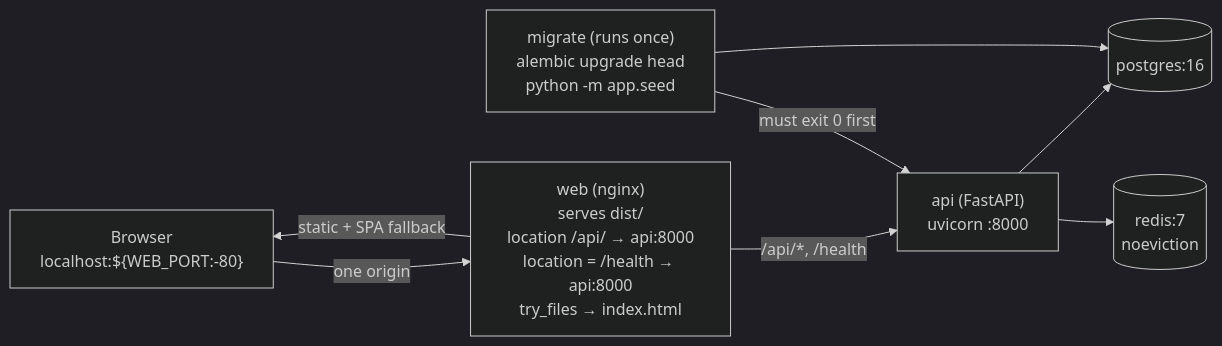
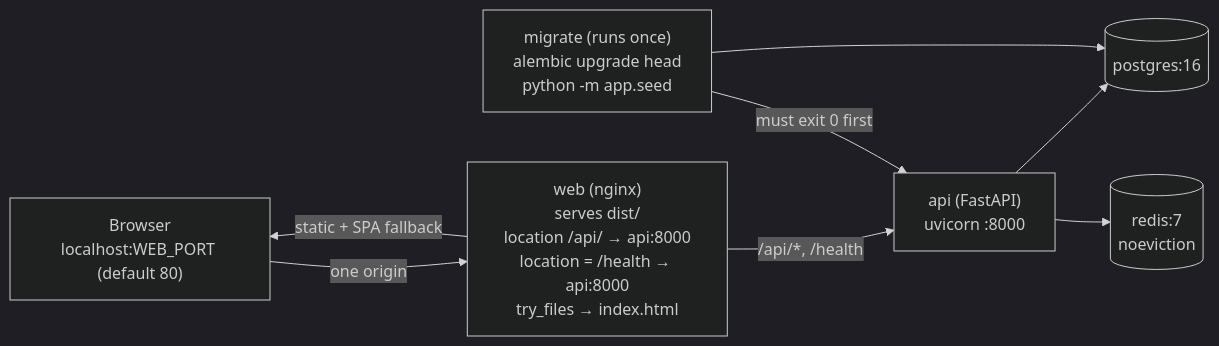
The second of 2 diagrams in docs/architecture.md (yosefsha/qbiq_h), drawn with Mermaid (dark theme) before and after one commit.

Commit message:
Avoid shell-style braces inside a mermaid node label

````diff
--- a/docs/architecture.md
+++ b/docs/architecture.md
@@ -65,17 +65,17 @@
 ```mermaid
 flowchart LR
-    browser["Browser<br/>localhost:${WEB_PORT:-80}"]
+    browser["Browser<br/>localhost:WEB_PORT (default 80)"]
     web["web (nginx)<br/>serves dist/<br/>location /api/ → api:8000<br/>location = /health → api:8000<br/>try_files → index.html"]
     api["api (FastAPI)<br/>uvicorn :8000"]
     pg[("postgres:16")]
     rd[("redis:7<br/>noeviction")]
     migrate["migrate (runs once)<br/>alembic upgrade head<br/>python -m app.seed"]
 
     browser -- "one origin" --> web
     web -- "static + SPA fallback" --> browser
     web -- "/api/*, /health" --> api
     api --> pg
     api --> rd
     migrate -- "must exit 0 first" --> api
     migrate --> pg
 ```
````
